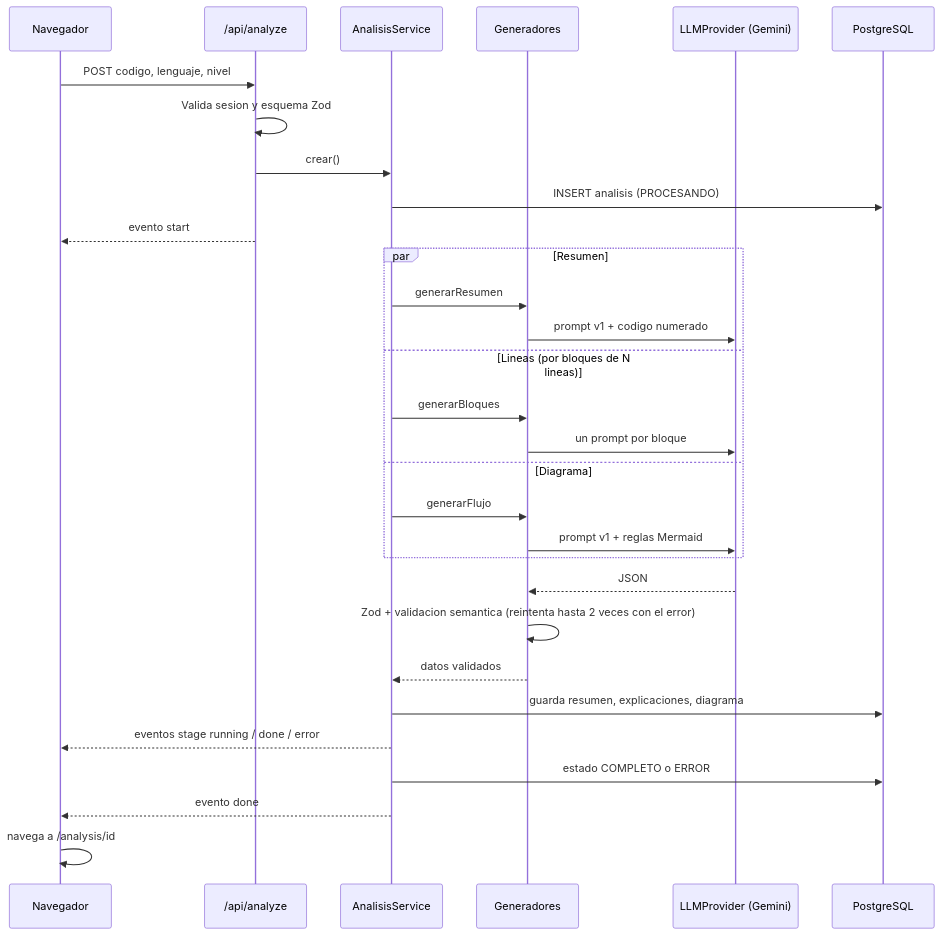
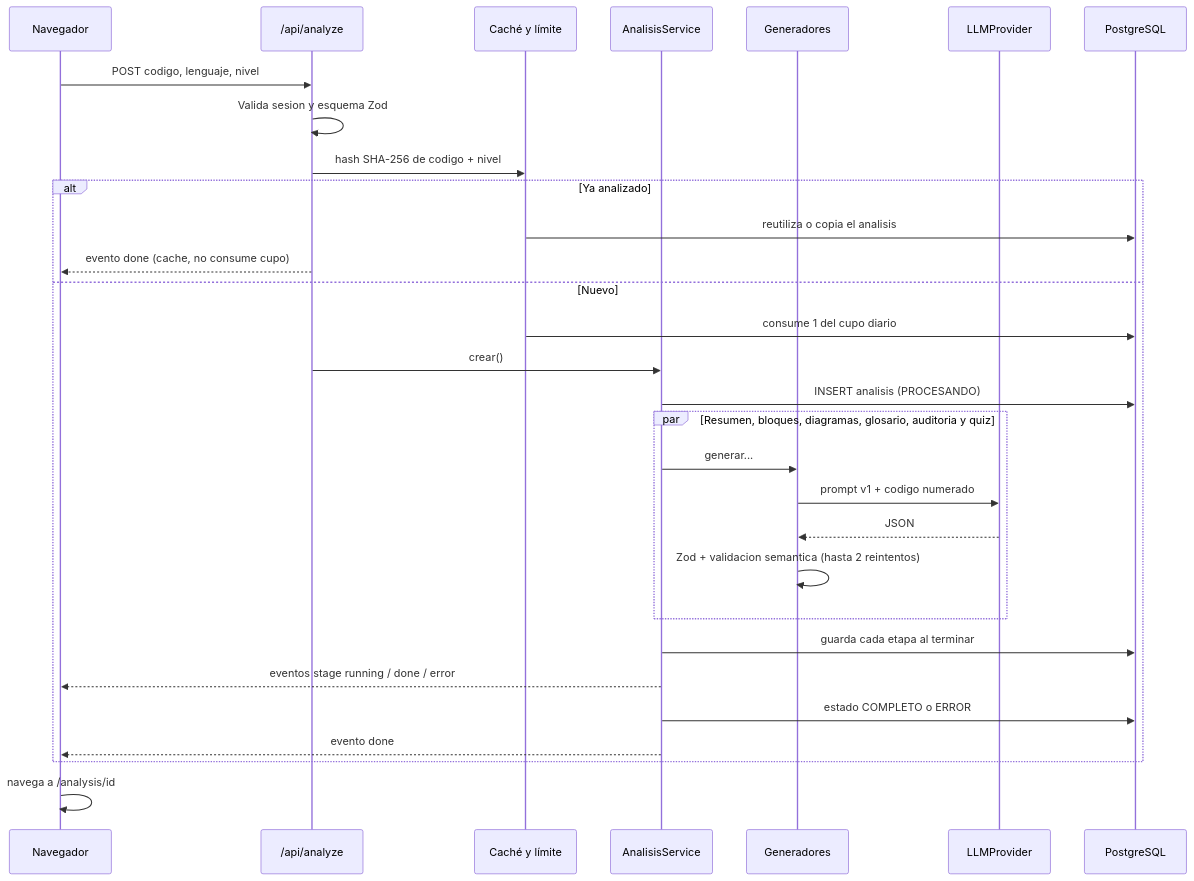
The first of 2 diagrams in README.md (Jhoan-Pd/VibeCode), drawn with Mermaid before and after one commit. The commit also changed other lines of this file, not shown here.

Commit message:
docs: README final con las tres fases, arquitectura, decisiones y pruebas

````diff
--- a/README.md
+++ b/README.md
@@ -56,32 +83,32 @@
 ```mermaid
 sequenceDiagram
     participant U as Navegador
     participant API as /api/analyze
+    participant C as Caché y límite
     participant S as AnalisisService
     participant G as Generadores
-    participant L as LLMProvider (Gemini)
+    participant L as LLMProvider
     participant DB as PostgreSQL
     U->>API: POST codigo, lenguaje, nivel
     API->>API: Valida sesion y esquema Zod
-    API->>S: crear()
-    S->>DB: INSERT analisis (PROCESANDO)
-    API-->>U: evento start
-    par Resumen
-        S->>G: generarResumen
-        G->>L: prompt v1 + codigo numerado
-    and Lineas (por bloques de N lineas)
-        S->>G: generarBloques
-        G->>L: un prompt por bloque
-    and Diagrama
-        S->>G: generarFlujo
-        G->>L: prompt v1 + reglas Mermaid
+    API->>C: hash SHA-256 de codigo + nivel
+    alt Ya analizado
+        C->>DB: reutiliza o copia el analisis
+        API-->>U: evento done (cache, no consume cupo)
+    else Nuevo
+        C->>DB: consume 1 del cupo diario
+        API->>S: crear()
+        S->>DB: INSERT analisis (PROCESANDO)
+        par Resumen, bloques, diagramas, glosario, auditoria y quiz
+            S->>G: generar...
+            G->>L: prompt v1 + codigo numerado
+            L-->>G: JSON
+            G->>G: Zod + validacion semantica (hasta 2 reintentos)
+        end
+        S->>DB: guarda cada etapa al terminar
+        S-->>U: eventos stage running / done / error
+        S->>DB: estado COMPLETO o ERROR
+        S-->>U: evento done
     end
-    L-->>G: JSON
-    G->>G: Zod + validacion semantica (reintenta hasta 2 veces con el error)
-    G-->>S: datos validados
-    S->>DB: guarda resumen, explicaciones, diagrama
-    S-->>U: eventos stage running / done / error
-    S->>DB: estado COMPLETO o ERROR
-    S-->>U: evento done
     U->>U: navega a /analysis/id
 ```
````
